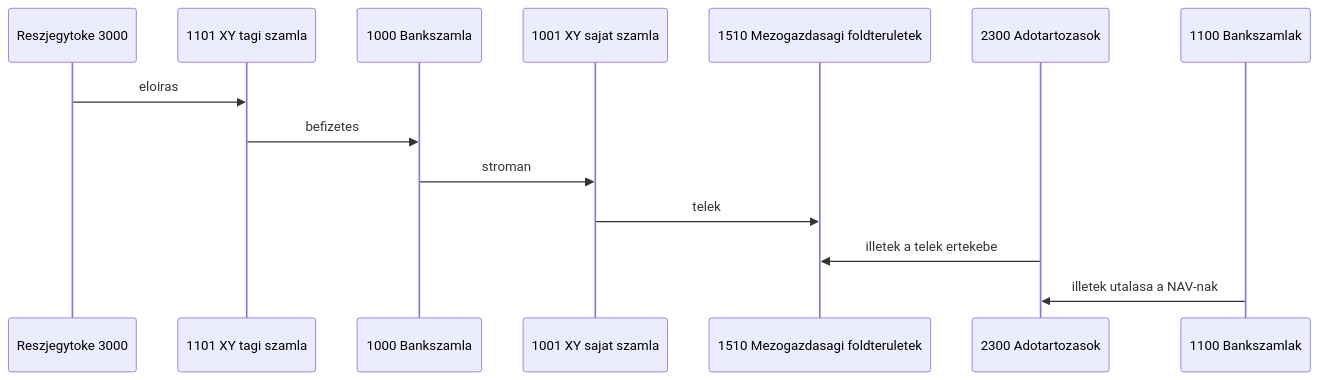
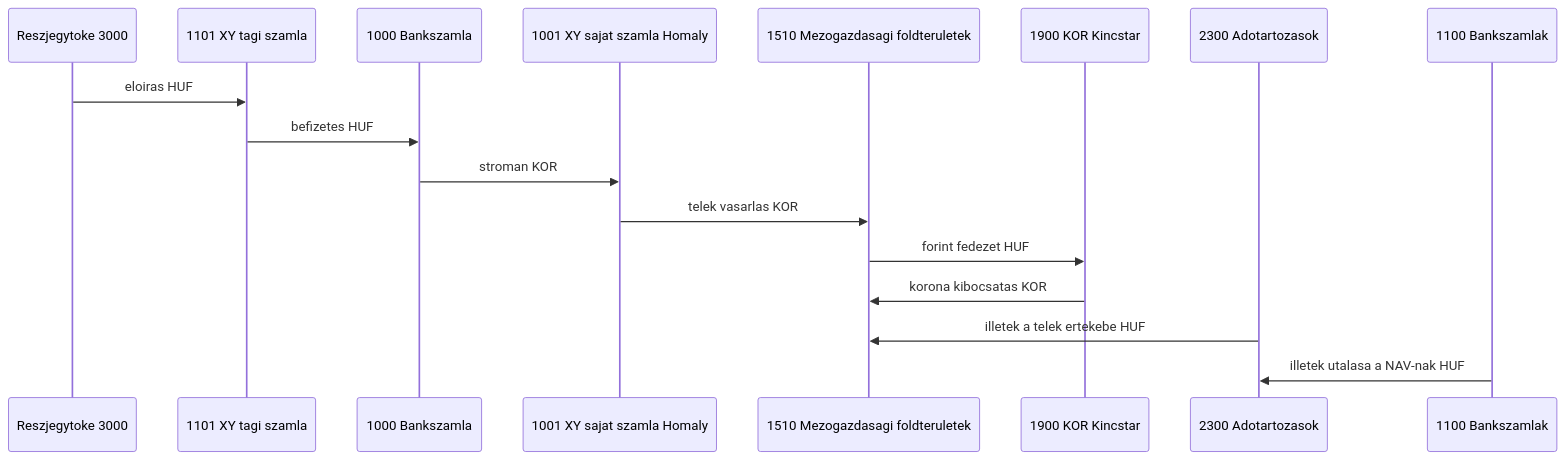
The fourth of 17 diagrams in docs/transaction-workflow.md (pitiboy/curr), drawn with Mermaid before and after one commit. The commit also changed other lines of this file, not shown here.

Commit message:
fix: tagi flow

````diff
--- a/docs/transaction-workflow.md
+++ b/docs/transaction-workflow.md
@@ -227,17 +232,20 @@
 ```mermaid
 sequenceDiagram
   participant Toke as Reszjegytoke 3000
   participant Tag as 1101 XY tagi szamla
   participant Bank as 1000 Bankszamla
-  participant Sajat as 1001 XY sajat szamla
+  participant Sajat as 1001 XY sajat szamla Homaly
   participant Fold as 1510 Mezogazdasagi foldteruletek
+  participant Kincstar as 1900 KOR Kincstar
   participant Ado as 2300 Adotartozasok
   participant Nav as 1100 Bankszamlak
 
-  Toke->>Tag: eloiras
-  Tag->>Bank: befizetes
-  Bank->>Sajat: stroman
-  Sajat->>Fold: telek
-  Ado->>Fold: illetek a telek ertekebe
-  Nav->>Ado: illetek utalasa a NAV-nak
+  Toke->>Tag: eloiras HUF
+  Tag->>Bank: befizetes HUF
+  Bank->>Sajat: stroman KOR
+  Sajat->>Fold: telek vasarlas KOR
+  Fold->>Kincstar: forint fedezet HUF
+  Kincstar->>Fold: korona kibocsatas KOR
+  Ado->>Fold: illetek a telek ertekebe HUF
+  Nav->>Ado: illetek utalasa a NAV-nak HUF
 ```
````
